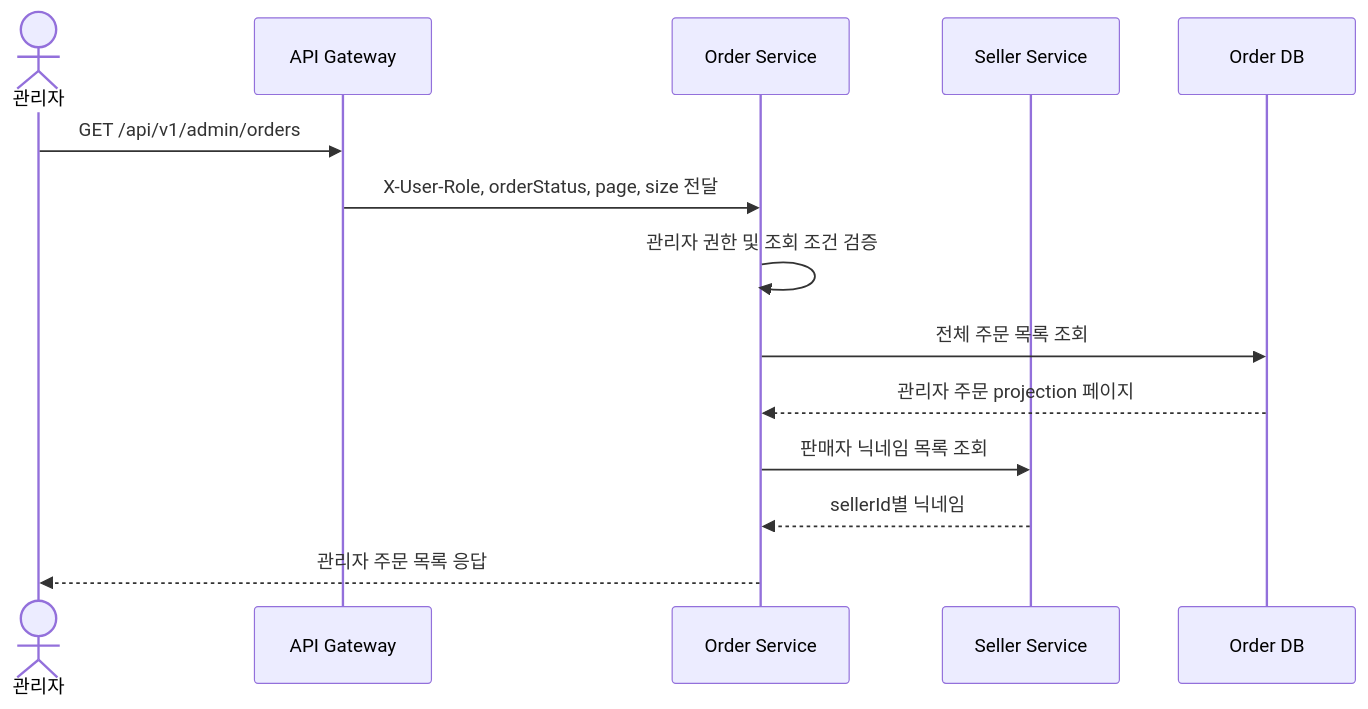
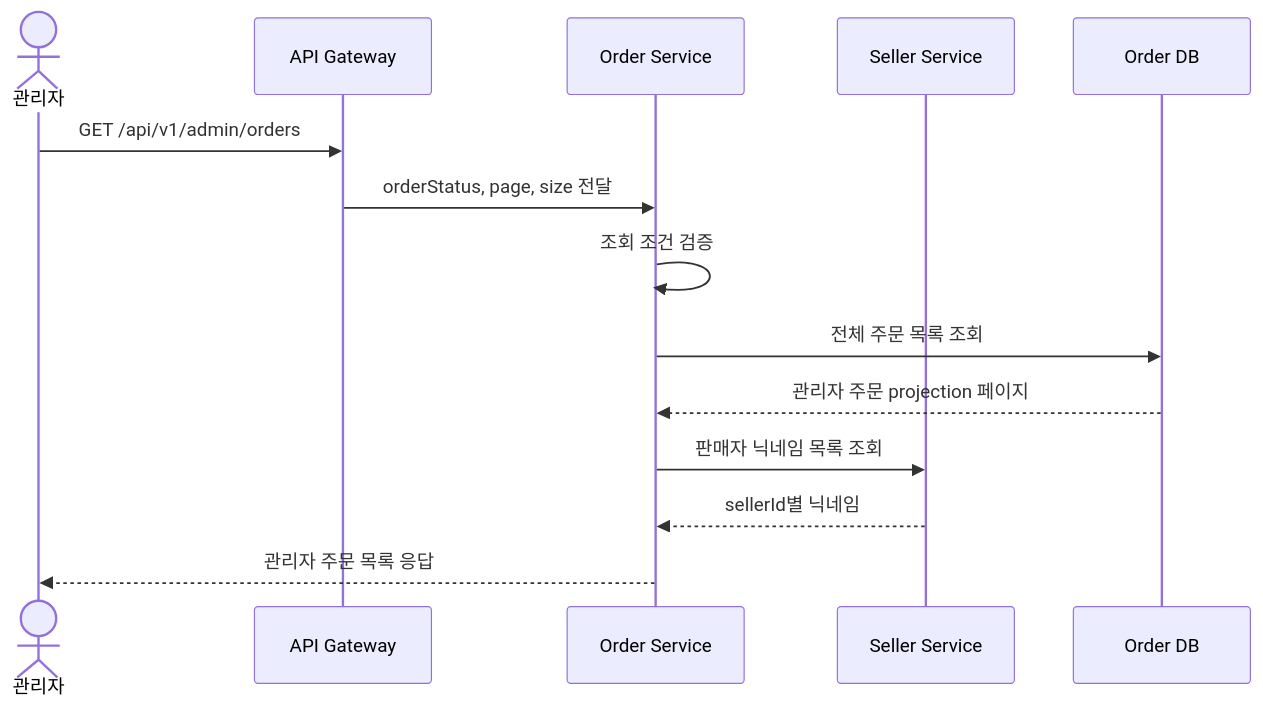
One commit to prgrms-be-adv-devcourse/beadv6_6_3JMT_BE changed the tenth of 15 diagrams in docs/architecture/order-usecase-detail.md. Above: the diagram before and after it, drawn with Mermaid. The commit also changed other lines of this file and 18 other files, not shown here.

Commit message:
chore: remove order-service X-User-Role dependency

````diff
--- a/docs/architecture/order-usecase-detail.md
+++ b/docs/architecture/order-usecase-detail.md
@@ -325,17 +325,17 @@
 ```mermaid
 sequenceDiagram
     actor Admin as 관리자
     participant Gateway as API Gateway
     participant Order as Order Service
     participant Seller as Seller Service
     participant DB as Order DB
 
     Admin->>Gateway: GET /api/v1/admin/orders
-    Gateway->>Order: X-User-Role, orderStatus, page, size 전달
-    Order->>Order: 관리자 권한 및 조회 조건 검증
+    Gateway->>Order: orderStatus, page, size 전달
+    Order->>Order: 조회 조건 검증
     Order->>DB: 전체 주문 목록 조회
     DB-->>Order: 관리자 주문 projection 페이지
     Order->>Seller: 판매자 닉네임 목록 조회
     Seller-->>Order: sellerId별 닉네임
     Order-->>Admin: 관리자 주문 목록 응답
 ```
````
